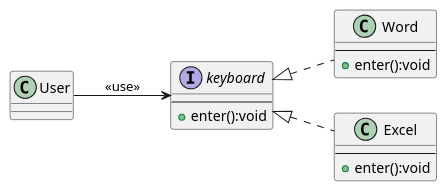
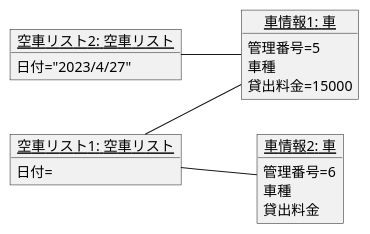
One commit to moppechan/uml_introduction changed the diagram in 例題3-2.pu. Above: the diagram before and after it, drawn with PlantUML. The commit also changed 2 other files, not shown here.

```diff
--- a/例題3-2.pu
+++ b/例題3-2.pu
@@ -1,84 +1,103 @@
 @startuml ユースケース図
 left to right direction
 ' class 会社 {}
 ' class 社員 {}
 ' 会社-->社員:雇う
 ' 会社 "0..1" ---- "*" 社員 
 ' note top of 会社:雇用者
 ' note top of 社員:従業員
 ' 会員リスト o-- 会員
 ' note right of 会員リスト
 ' 会員クラスがなくて成り立つ
 ' end note
 ' パソコン"1" *-- ハードディスク
 ' note right of パソコン
 ' ハードディスクがないと成り立ちません。
 ' end note
 ' 会社 o-- 社員
 ' 社員 *-- 社員証
 ' 注文<.. 注文管理
 ' note top of 注文管理
 ' 注文管理が注文のメソッドもしくは属性を呼び出している
 ' endnote
 ' class 社員{
 ' - 社員ID
 ' - 社員名
 ' ---
 ' + 社員ID設定（社員ID:int）:void
 ' + 社員ID取得（）:int
 ' + 社員名設定（社員名:String）:void
 ' + 社員名取得（）:String
 ' }
 ' class 技術社員{
 ' - プロジェクト名:String
 ' ---
 ' + プロジェクト名設定（プロジェクト名:String）:void
 ' + プロジェクト名取得（）:String
 ' }
 ' class 営業社員{
 ' - 担当地域名:String
 ' ---
 ' + 担当地域名設定（プロジェクト名:String）:void
 ' + 担当地域名取得（）:String
 ' }
 ' ' 社員<|--down- 技術社員
 ' ' 社員<|--down- 営業社員
 ' 技術社員 -down--|> 社員
 ' 営業社員 -down--|> 社員
 ' abstract class Animal <<Abstract>> {
 ' ---
 ' + Walk:void
 ' + {abstract} eat():int
 ' + {abstract} cry():void
 ' }
 ' class Dog {
 ' ---
 ' + eat():int
 ' + cry():void
 ' }
 ' class Cat {
 ' ---
 ' + eat():int
 ' + cry():void
 ' }
 ' Animal <|-down- Dog
 ' Animal <|-down- Cat
-class Word {
----
-+ enter():void
+' class Word {
+' ---
+' + enter():void
+' }
+' class Excel {
+' ---
+' + enter():void
+' }
+' interface keyboard {
+' ' <<interface>>
+' ---
+' + enter():void
+' }
+' keyboard <|.. Word
+' keyboard <|.. Excel
+' class User {
+' }
+' keyboard <-up- User:<< use >>
+object "<u>空車リスト2: 空車リスト</u>" as k2 {
+日付="2023/4/27"
 }
-class Excel {
----
-+ enter():void
+object "<u>空車リスト1: 空車リスト</u>" as k1 {
+日付=
 }
-interface keyboard {
-' <<interface>>
----
-+ enter():void
+object "<u>車情報1: 車</u>" as car1 {
+管理番号=5
+車種
+貸出料金=15000
 }
-keyboard <|.. Word
-keyboard <|.. Excel
-class User {
+object "<u>車情報2: 車</u>" as car2 {
+管理番号=6
+車種
+貸出料金
 }
-keyboard <-up- User:<< use >>
+k1 -- car1
+k1 -- car2
+k2 -- car1
 @enduml
```
